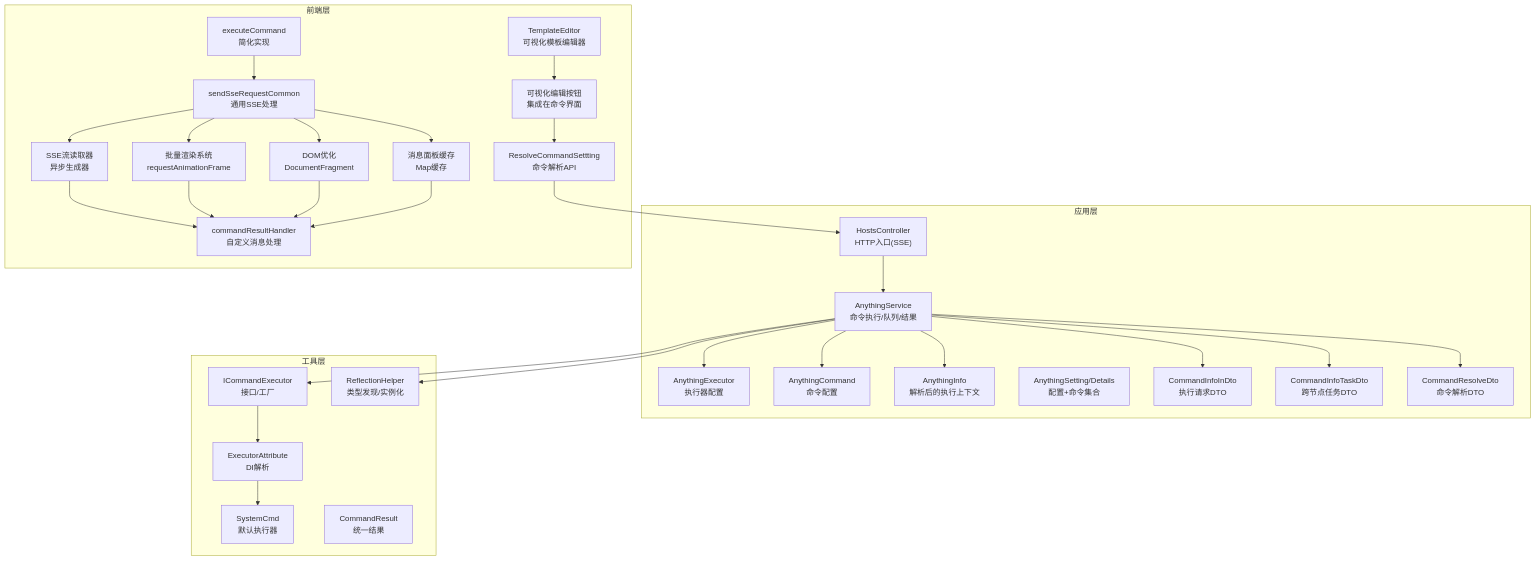
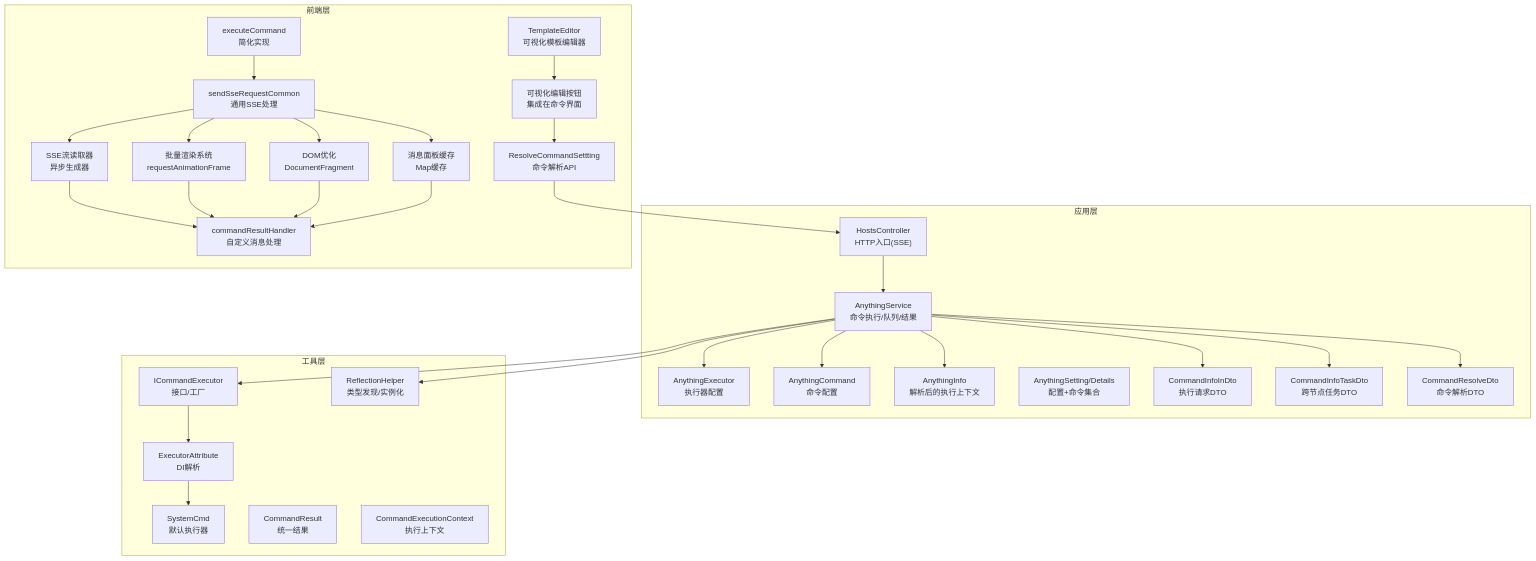
The first of 10 diagrams in .qoder/repowiki/zh/content/项目概述/核心特性/远程主机管理/命令执行器系统.md (Sosososolong/AirGo), drawn with Mermaid before and after one commit. The commit also changed other lines of this file and 7 other files, not shown here.

Commit message:
refactor: 命令支持执行上下文CommandExecutionContext, FileHelper使用Razor模板引擎时, Razor模型可以使用环境变量, 无需命令内容中重复定义一遍环境变量给Razor引擎使用

````diff
--- a/.qoder/repowiki/zh/content/项目概述/核心特性/远程主机管理/命令执行器系统.md
+++ b/.qoder/repowiki/zh/content/项目概述/核心特性/远程主机管理/命令执行器系统.md
@@ -76,56 +79,57 @@
 ```mermaid
 graph TB
 subgraph "应用层"
 HC["HostsController<br/>HTTP入口(SSE)"]
 AS["AnythingService<br/>命令执行/队列/结果"]
 AE["AnythingExecutor<br/>执行器配置"]
 AC["AnythingCommand<br/>命令配置"]
 AI["AnythingInfo<br/>解析后的执行上下文"]
 ASD["AnythingSetting/Details<br/>配置+命令集合"]
 CID["CommandInfoInDto<br/>执行请求DTO"]
 CTID["CommandInfoTaskDto<br/>跨节点任务DTO"]
 CRD["CommandResolveDto<br/>命令解析DTO"]
 end
 subgraph "工具层"
 ICE["ICommandExecutor<br/>接口/工厂"]
 SYS["SystemCmd<br/>默认执行器"]
 EA["ExecutorAttribute<br/>DI解析"]
 RH["ReflectionHelper<br/>类型发现/实例化"]
 CR["CommandResult<br/>统一结果"]
+CEC["CommandExecutionContext<br/>执行上下文"]
 end
 subgraph "前端层"
 EXECCMD["executeCommand<br/>简化实现"]
 SSER["SSE流读取器<br/>异步生成器"]
 BATCH["批量渲染系统<br/>requestAnimationFrame"]
 DF["DOM优化<br/>DocumentFragment"]
 CACHE["消息面板缓存<br/>Map缓存"]
 CRH["commandResultHandler<br/>自定义消息处理"]
 SSERC["sendSseRequestCommon<br/>通用SSE处理"]
 TE["TemplateEditor<br/>可视化模板编辑器"]
 VEBTN["可视化编辑按钮<br/>集成在命令界面"]
 RESOLVE["ResolveCommandSettting<br/>命令解析API"]
 end
 HC --> AS
 AS --> ICE
 ICE --> EA
 EA --> SYS
 AS --> RH
 AS --> AC
 AS --> AE
 AS --> AI
 AS --> CID
 AS --> CTID
 AS --> CRD
 EXECCMD --> SSERC
 SSERC --> SSER
 SSERC --> BATCH
 SSERC --> DF
 SSERC --> CACHE
 SSER --> CRH
 BATCH --> CRH
 DF --> CRH
 CACHE --> CRH
 TE --> VEBTN
 VEBTN --> RESOLVE
 RESOLVE --> HC
 ```
````
